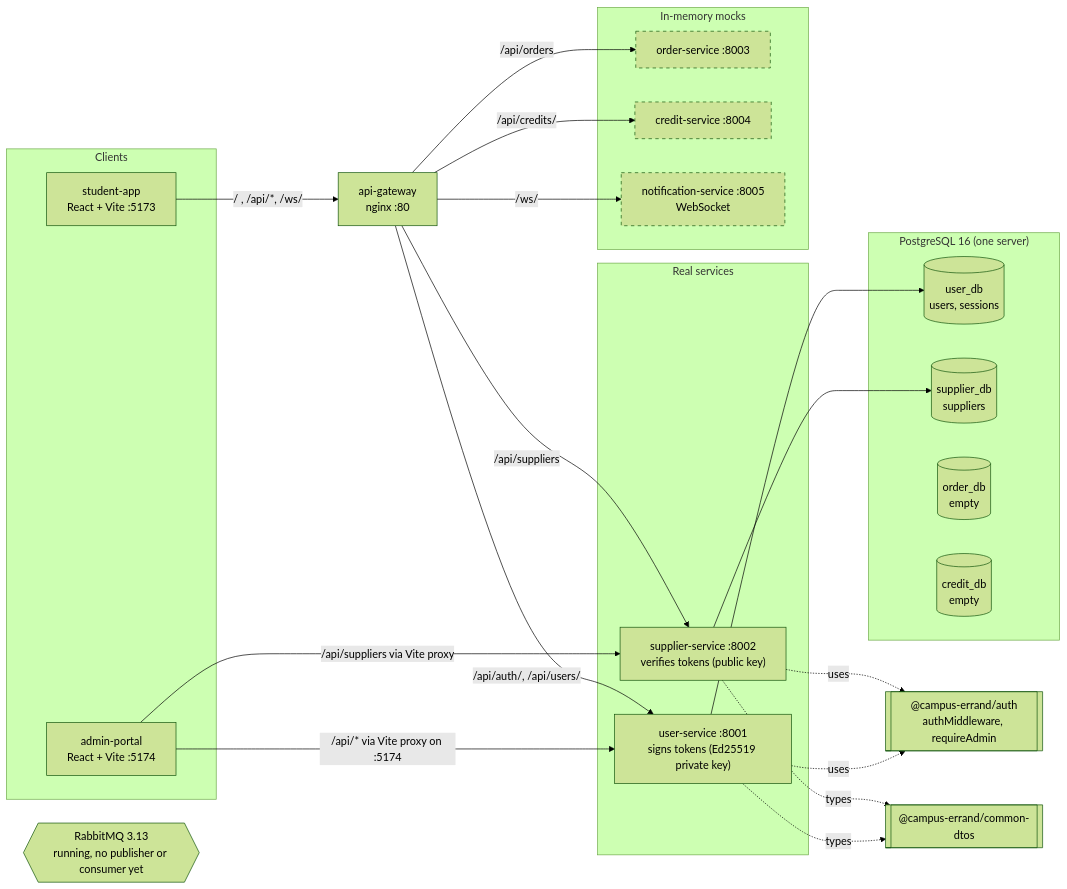
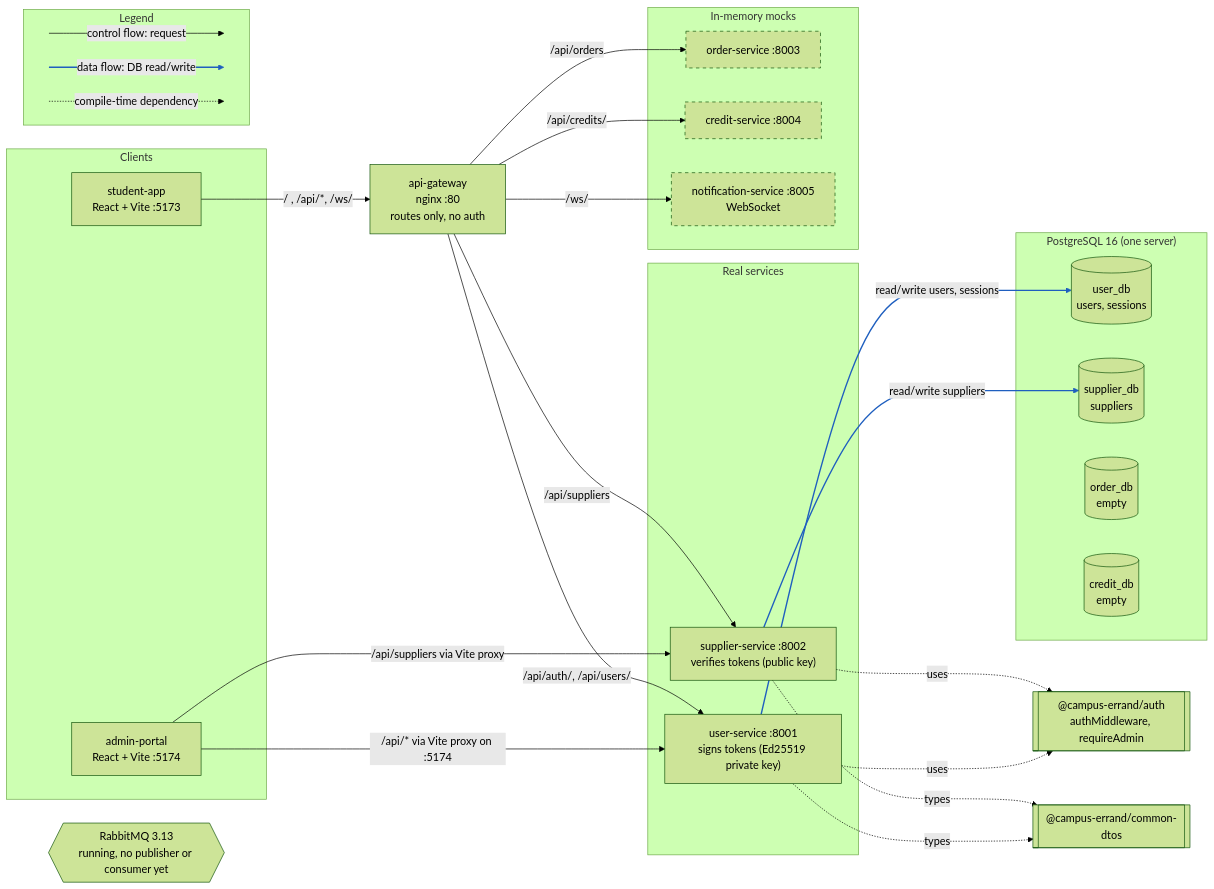
The diagram in docs/diagrams/component.md (AY2627S1-CS3219-P25/friend-on-campus), drawn with Mermaid (forest theme) before and after one commit. The commit also changed other lines of this file and 15 other files, not shown here.

First line of the commit message:
docs: PlantUML twins for every diagram, legends, and post-#93 overview facts

````diff
--- a/docs/diagrams/component.md
+++ b/docs/diagrams/component.md
@@ -14,50 +24,60 @@
 ```mermaid
 flowchart LR
   subgraph Clients
     SA["student-app<br/>React + Vite :5173"]
     AP["admin-portal<br/>React + Vite :5174"]
   end
 
-  GW["api-gateway<br/>nginx :80"]
+  GW["api-gateway<br/>nginx :80<br/>routes only, no auth"]
 
   subgraph Real["Real services"]
     US["user-service :8001<br/>signs tokens (Ed25519 private key)"]
     SS["supplier-service :8002<br/>verifies tokens (public key)"]
   end
 
   subgraph Mock["In-memory mocks"]
     OS["order-service :8003"]:::mock
     CS["credit-service :8004"]:::mock
     NS["notification-service :8005<br/>WebSocket"]:::mock
   end
 
   AUTH[["@campus-errand/auth<br/>authMiddleware, requireAdmin"]]
   DTO[["@campus-errand/common-dtos"]]
 
   subgraph PG["PostgreSQL 16 (one server)"]
     UDB[("user_db<br/>users, sessions")]
     SDB[("supplier_db<br/>suppliers")]
     ODB[("order_db<br/>empty")]
     CDB[("credit_db<br/>empty")]
   end
 
   MQ{{"RabbitMQ 3.13<br/>running, no publisher or consumer yet"}}
 
   SA -->|"/ , /api/*, /ws/"| GW
   AP -->|"/api/* via Vite proxy on :5174"| US
   AP -->|"/api/suppliers via Vite proxy"| SS
   GW -->|"/api/auth/, /api/users/"| US
   GW -->|"/api/suppliers"| SS
   GW -->|"/api/orders"| OS
   GW -->|"/api/credits/"| CS
   GW -->|"/ws/"| NS
 
-  US --> UDB
-  SS --> SDB
+  US -->|"read/write users, sessions"| UDB
+  SS -->|"read/write suppliers"| SDB
   US -. uses .-> AUTH
   SS -. uses .-> AUTH
   US -. types .-> DTO
   SS -. types .-> DTO
 
+  subgraph Legend
+    direction LR
+    L1[ ] -->|"control flow: request"| L2[ ]
+    L3[ ] -->|"data flow: DB read/write"| L4[ ]
+    L5[ ] -.->|"compile-time dependency"| L6[ ]
+  end
+
   classDef mock stroke-dasharray: 5 5;
+  classDef legendDot width:0px,height:0px,stroke:none,fill:none;
+  class L1,L2,L3,L4,L5,L6 legendDot;
+  linkStyle 8,9,15 stroke:#1F5FBF,stroke-width:2px;
 ```
````
